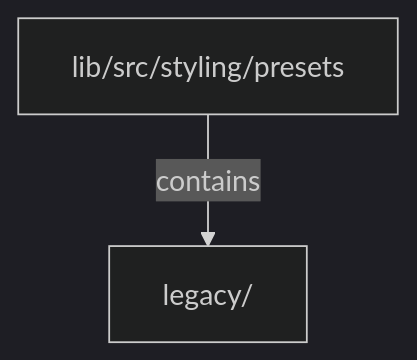
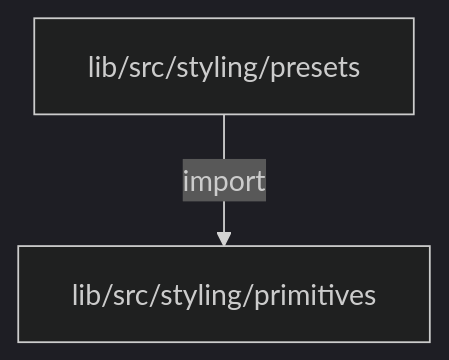
One commit to MiuDog/Kallopis changed the first of 2 diagrams in docs/architecture/src/styling/presets/README.md. Above: the diagram before and after it, drawn with Mermaid (dark theme). The commit also changed other lines of this file and 9688 other files, not shown here.

Commit message:
Prepare isolated Flow F2 peer baseline

````diff
--- a/docs/architecture/src/styling/presets/README.md
+++ b/docs/architecture/src/styling/presets/README.md
@@ -21,6 +13,6 @@
 ```mermaid
 flowchart TD
 	n0["lib/src/styling/presets"]
-	n1["legacy/"]
-	n0 -->|"contains"| n1
+	n1["lib/src/styling/primitives"]
+	n0 -->|"import"| n1
 ```
````
